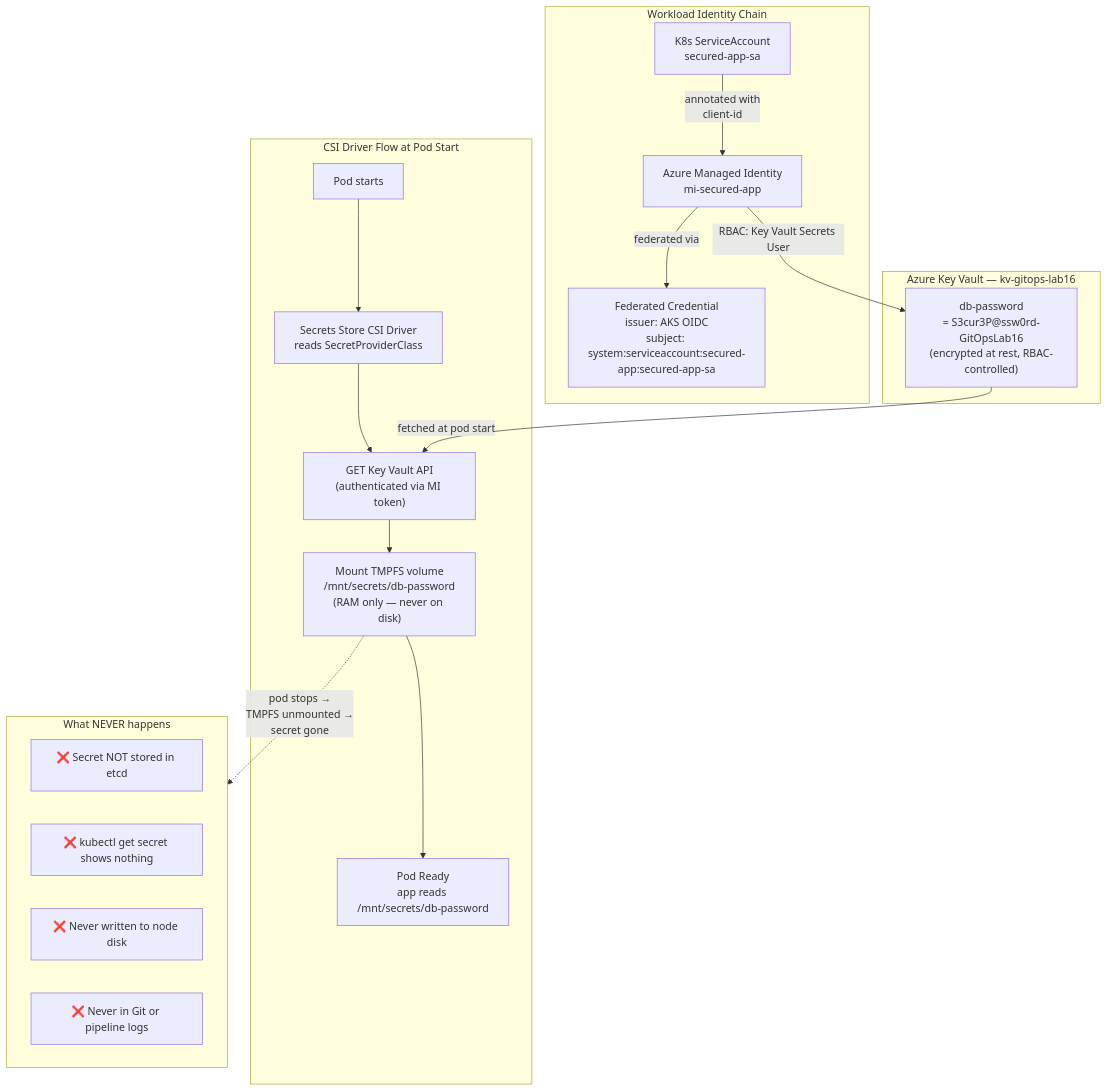
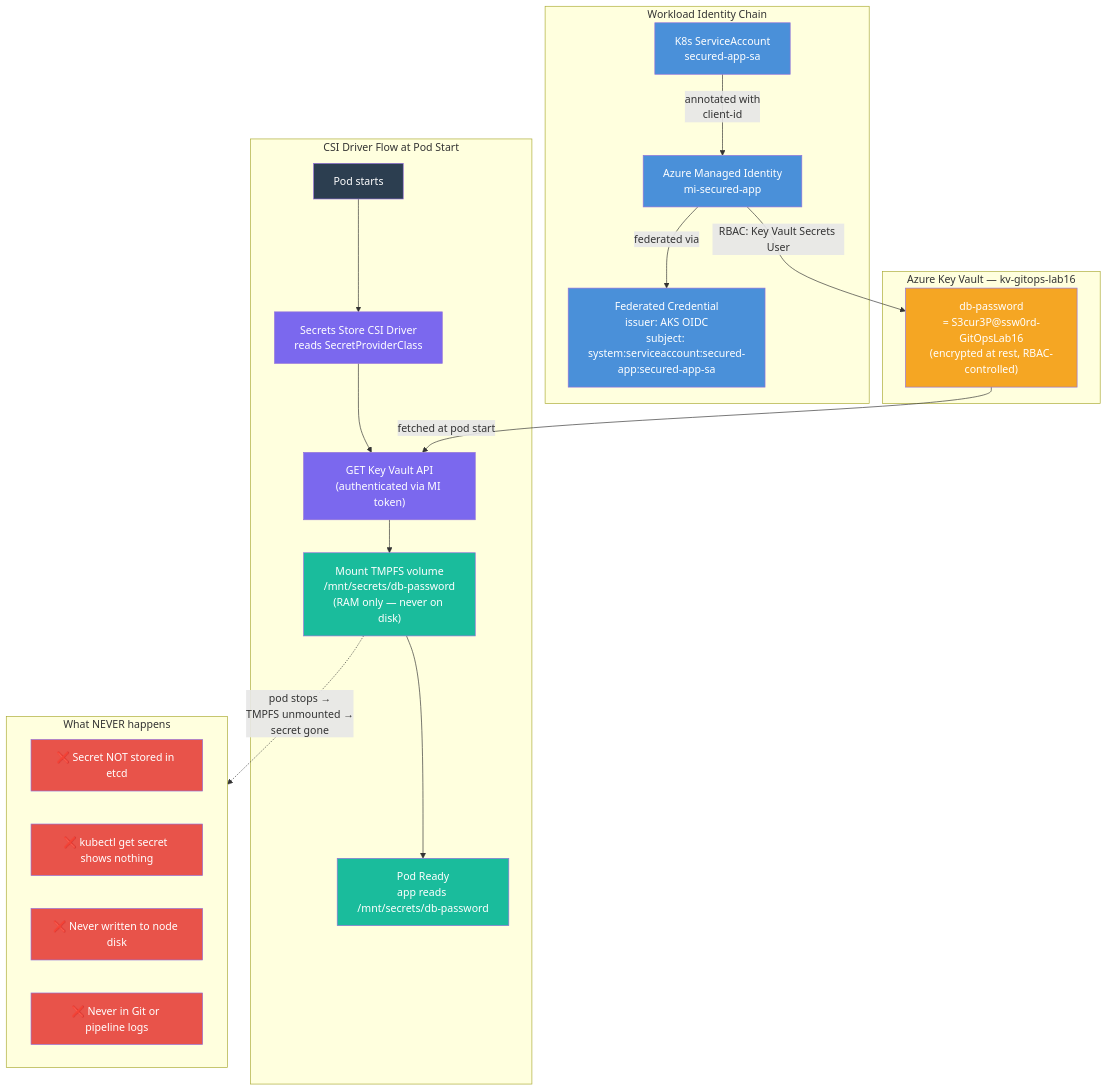
The third of 3 diagrams in Kubernetes/Hands-On-16 — Harden, Secure, and Operate Production/README.md (manoj-2606/Hands-On-Labs), drawn with Mermaid before and after one commit. The commit also changed other lines of this file, not shown here.

````diff
--- a/Kubernetes/Hands-On-16 — Harden, Secure, and Operate Production/README.md
+++ b/Kubernetes/Hands-On-16 — Harden, Secure, and Operate Production/README.md
@@ -160,34 +191,48 @@
 ```mermaid
 flowchart TD
     subgraph AzureKV["Azure Key Vault — kv-gitops-lab16"]
         Secret["db-password\n= S3cur3P@ssw0rd-GitOpsLab16\n(encrypted at rest, RBAC-controlled)"]
     end
 
     subgraph Identity["Workload Identity Chain"]
         SA["K8s ServiceAccount\nsecured-app-sa"]
         MI["Azure Managed Identity\nmi-secured-app"]
         FC["Federated Credential\nissuer: AKS OIDC\nsubject: system:serviceaccount:secured-app:secured-app-sa"]
         SA -->|"annotated with\nclient-id"| MI
         MI -->|"federated via"| FC
     end
 
     subgraph CSIFlow["CSI Driver Flow at Pod Start"]
         PodStart["Pod starts"]
         CSIDriver["Secrets Store CSI Driver\nreads SecretProviderClass"]
         KVCall["GET Key Vault API\n(authenticated via MI token)"]
         TMPFS["Mount TMPFS volume\n/mnt/secrets/db-password\n(RAM only — never on disk)"]
         PodReady["Pod Ready\napp reads /mnt/secrets/db-password"]
         PodStart --> CSIDriver --> KVCall --> TMPFS --> PodReady
     end
 
     subgraph NeverStored["What NEVER happens"]
         NoEtcd["❌ Secret NOT stored in etcd"]
         NoKubectl["❌ kubectl get secret shows nothing"]
         NoDisk["❌ Never written to node disk"]
         NoGit["❌ Never in Git or pipeline logs"]
     end
 
     Secret -->|"fetched at pod start"| KVCall
     MI -->|"RBAC: Key Vault Secrets User"| Secret
     TMPFS -.->|"pod stops →\nTMPFS unmounted →\nsecret gone"| NeverStored
+
+    style Secret fill:#F5A623,color:#fff
+    style SA fill:#4A90D9,color:#fff
+    style MI fill:#4A90D9,color:#fff
+    style FC fill:#4A90D9,color:#fff
+    style PodStart fill:#2C3E50,color:#fff
+    style CSIDriver fill:#7B68EE,color:#fff
+    style KVCall fill:#7B68EE,color:#fff
+    style TMPFS fill:#1ABC9C,color:#fff
+    style PodReady fill:#1ABC9C,color:#fff
+    style NoEtcd fill:#E8534A,color:#fff
+    style NoKubectl fill:#E8534A,color:#fff
+    style NoDisk fill:#E8534A,color:#fff
+    style NoGit fill:#E8534A,color:#fff
 ```
````
